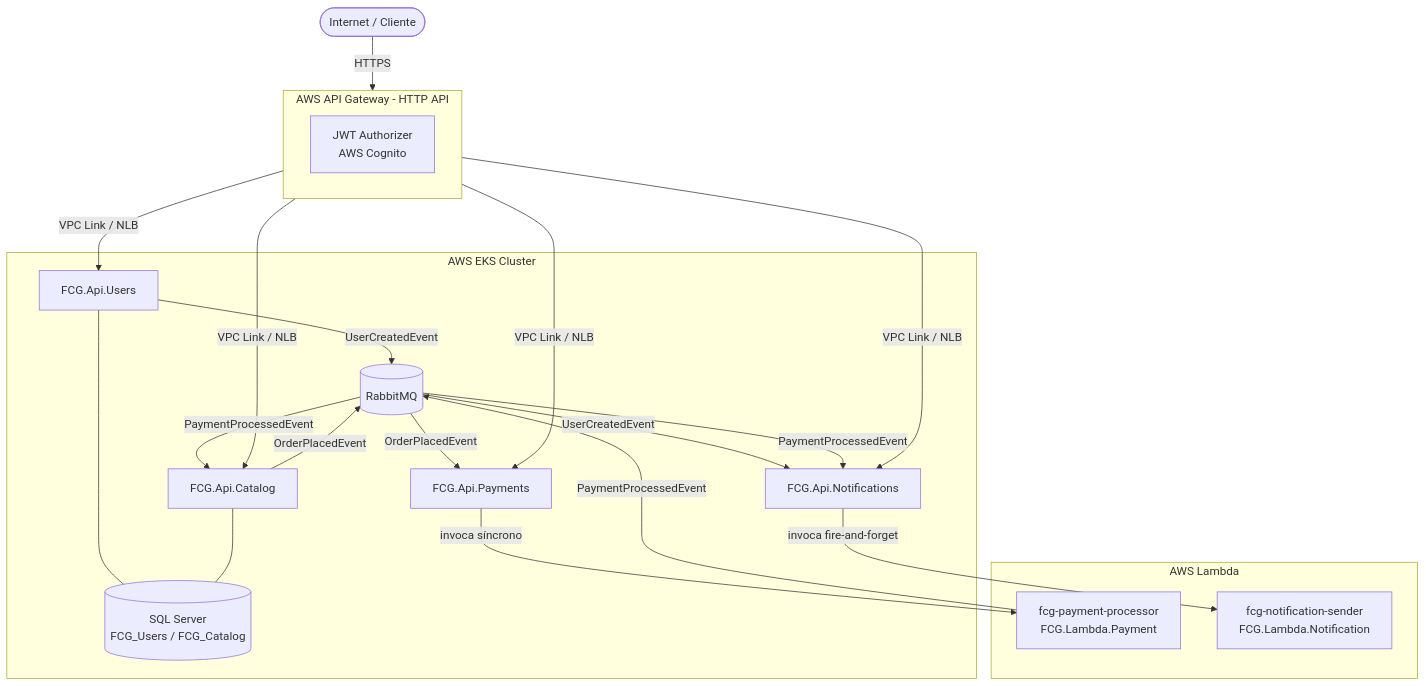
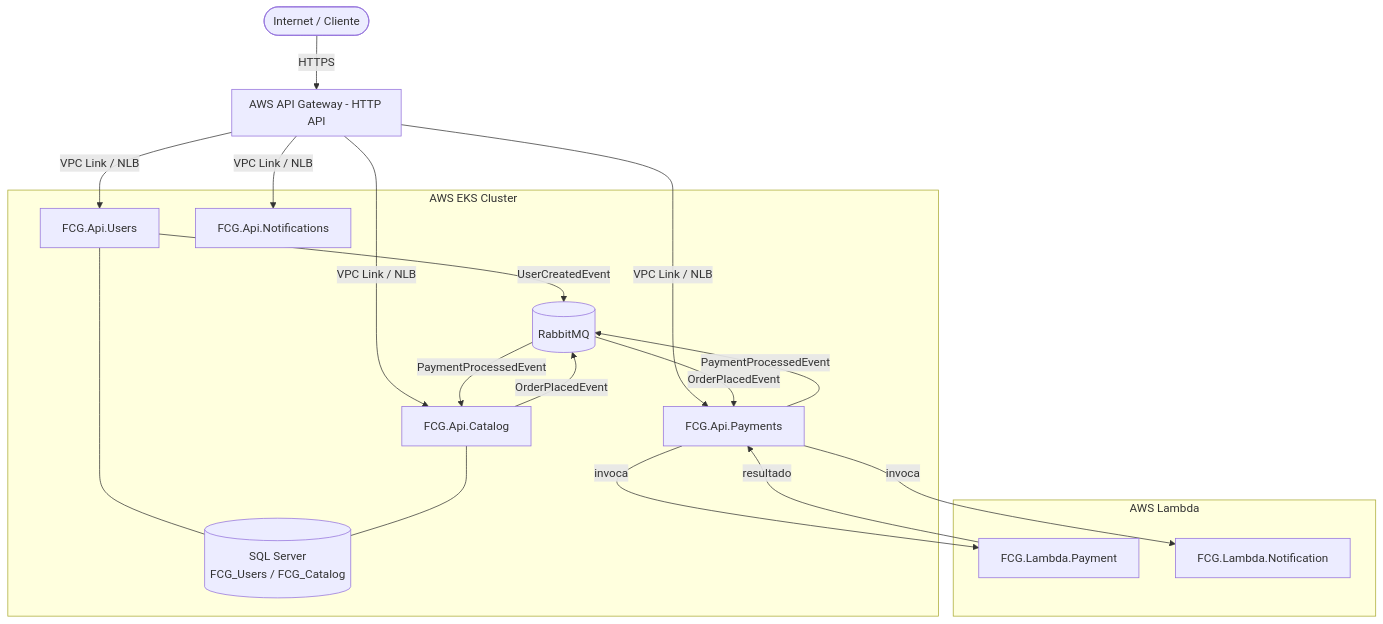
The diagram in profile/README.md (TC-FIAP-Grupo-11/.github), drawn with Mermaid before and after one commit. The commit also changed other lines of this file, not shown here.

````diff
--- a/profile/README.md
+++ b/profile/README.md
@@ -5,43 +5,41 @@
 ```mermaid
 flowchart TD
     Client([Internet / Cliente]) -->|HTTPS| APIGW
 
     subgraph APIGW[AWS API Gateway - HTTP API]
-        Cognito[JWT Authorizer\nAWS Cognito]
     end
 
     subgraph EKS[AWS EKS Cluster]
         Users[FCG.Api.Users]
         Catalog[FCG.Api.Catalog]
         Payments[FCG.Api.Payments]
         Notifications[FCG.Api.Notifications]
         RMQ[(RabbitMQ)]
         SQL[(SQL Server\nFCG_Users / FCG_Catalog)]
     end
 
     subgraph Lambdas[AWS Lambda]
-        LPay[fcg-payment-processor\nFCG.Lambda.Payment]
-        LNotif[fcg-notification-sender\nFCG.Lambda.Notification]
+        LPay[FCG.Lambda.Payment]
+        LNotif[FCG.Lambda.Notification]
     end
 
     APIGW -->|VPC Link / NLB| Users
     APIGW -->|VPC Link / NLB| Catalog
     APIGW -->|VPC Link / NLB| Payments
     APIGW -->|VPC Link / NLB| Notifications
 
     Users -->|UserCreatedEvent| RMQ
     Catalog -->|OrderPlacedEvent| RMQ
 
     RMQ -->|OrderPlacedEvent| Payments
-    RMQ -->|UserCreatedEvent| Notifications
+
+    Payments -->|invoca| LPay
+    LPay -->|resultado| Payments
+    Payments -->|PaymentProcessedEvent| RMQ
+    Payments -->|invoca| LNotif
+
     RMQ -->|PaymentProcessedEvent| Catalog
-    RMQ -->|PaymentProcessedEvent| Notifications
-
-    Payments -->|invoca síncrono| LPay
-    LPay -->|PaymentProcessedEvent| RMQ
-
-    Notifications -->|invoca fire-and-forget| LNotif
 
     Users --- SQL
     Catalog --- SQL
 ```
````
